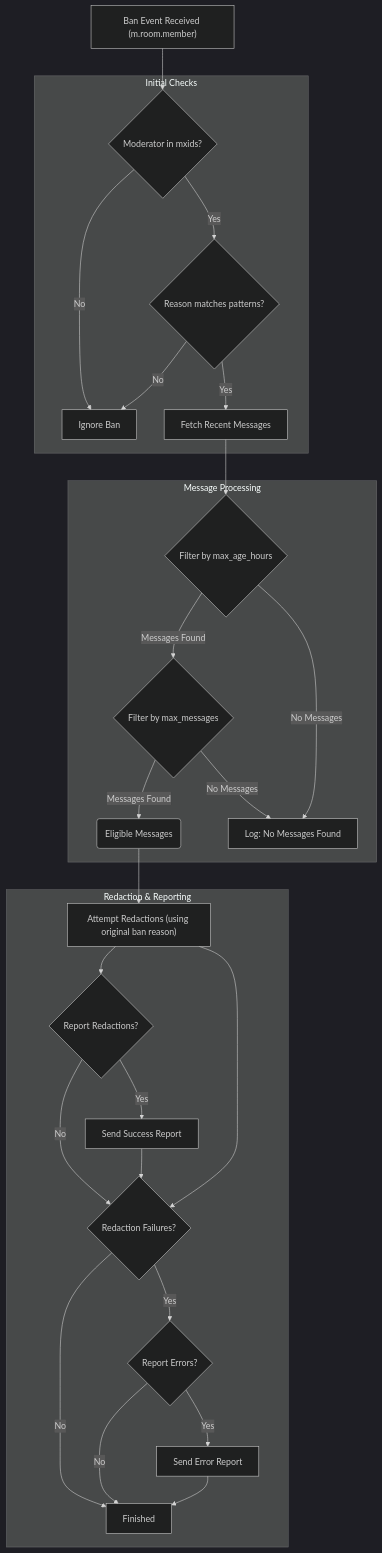
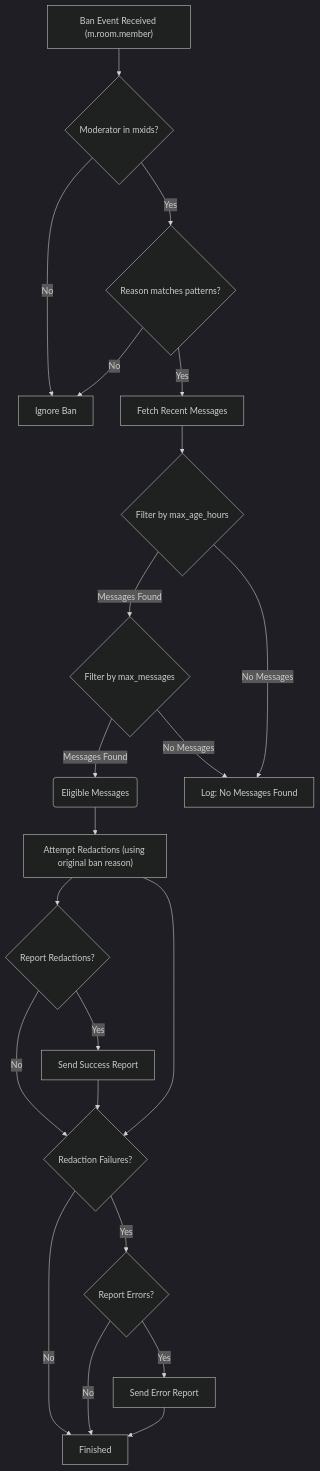
One commit to tcpipuk/maubot-redactor changed the diagram in README.md. Above: the diagram before and after it, drawn with Mermaid (dark theme).

Commit message:
Test without boxes

````diff
--- a/README.md
+++ b/README.md
@@ -97,36 +97,29 @@
 ```mermaid
 graph TD
     A["Ban Event Received (m.room.member)"] --> CheckModerator{Moderator in mxids?};
 
-    subgraph Initial Checks
-        CheckModerator -- Yes --> CheckReason{Reason matches patterns?};
-        CheckModerator -- No --> Z[Ignore Ban];
-        CheckReason -- Yes --> FetchMessages["Fetch Recent Messages"];
-        CheckReason -- No --> Z;
-    end
+    CheckModerator -- Yes --> CheckReason{Reason matches patterns?};
+    CheckModerator -- No --> Z[Ignore Ban];
+    CheckReason -- Yes --> FetchMessages["Fetch Recent Messages"];
+    CheckReason -- No --> Z;
 
-    subgraph Message Processing
-        FetchMessages --> FilterAge{Filter by max_age_hours};
-        FilterAge -- Messages Found --> FilterCount{Filter by max_messages};
-        FilterCount -- Messages Found --> ProcessedMessages(Eligible Messages);
-        FilterCount -- No Messages --> Y;
-        FilterAge -- No Messages --> Y[Log: No Messages Found];
-    end
+    FetchMessages --> FilterAge{Filter by max_age_hours};
+    FilterAge -- Messages Found --> FilterCount{Filter by max_messages};
+    FilterCount -- Messages Found --> ProcessedMessages(Eligible Messages);
+    ProcessedMessages --> AttemptRedactions["Attempt Redactions (using original ban reason)"];
+    FilterCount -- No Messages --> Y;
+    FilterAge -- No Messages --> Y[Log: No Messages Found];
 
-    ProcessedMessages --> AttemptRedactions["Attempt Redactions (using original ban reason)"];
+    AttemptRedactions --> ReportRedactions{Report Redactions?};
+    ReportRedactions -- Yes --> SendSuccess[Send Success Report];
+    ReportRedactions -- No --> CheckFailures;
+    SendSuccess --> CheckFailures;
 
-    subgraph Redaction & Reporting
-        AttemptRedactions --> ReportRedactions{Report Redactions?};
-        ReportRedactions -- Yes --> SendSuccess[Send Success Report];
-        ReportRedactions -- No --> CheckFailures;
-        SendSuccess --> CheckFailures;
+    AttemptRedactions --> CheckFailures{Redaction Failures?};
+    CheckFailures -- Yes --> ReportErrors{Report Errors?};
+    CheckFailures -- No --> J[Finished];
 
-        AttemptRedactions --> CheckFailures{Redaction Failures?};
-        CheckFailures -- Yes --> ReportErrors{Report Errors?};
-        CheckFailures -- No --> J[Finished];
-
-        ReportErrors -- Yes --> SendError[Send Error Report];
-        ReportErrors -- No --> J;
-        SendError --> J;
-    end
+    ReportErrors -- Yes --> SendError[Send Error Report];
+    ReportErrors -- No --> J;
+    SendError --> J;
 ```
````
